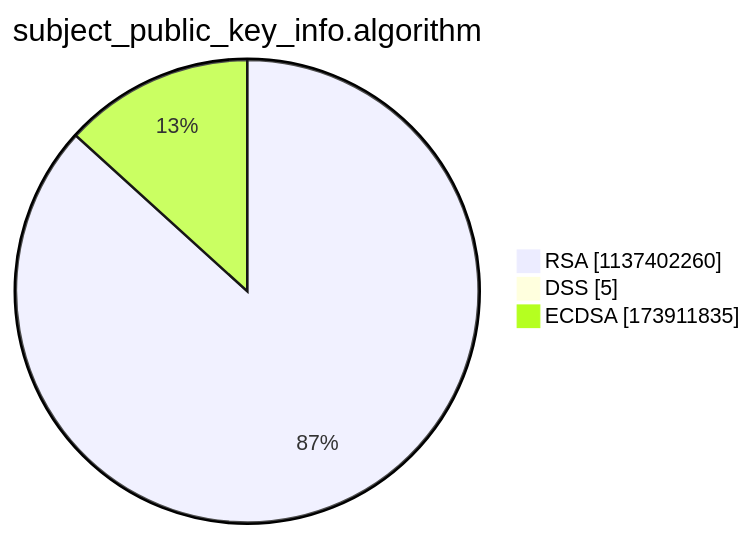
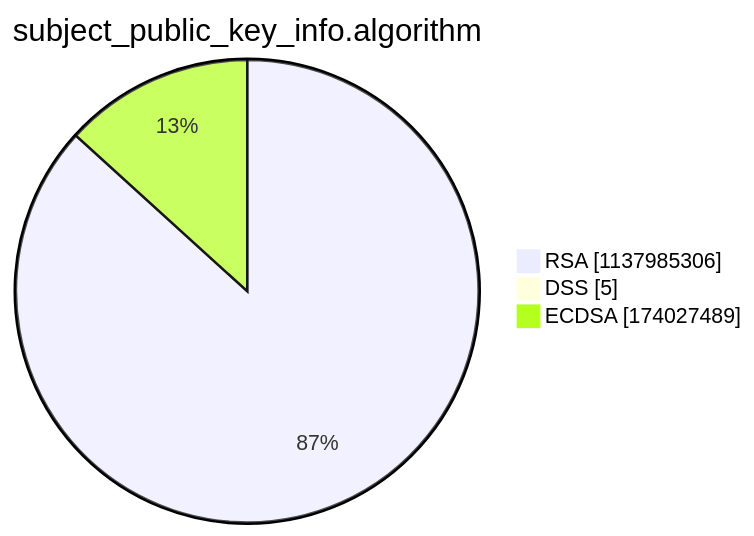
Before and after one commit to christiankrug/ctmonitor_visualization: the third of 15 diagrams in argon2022/README.md, drawn with Mermaid. The commit also changed other lines of this file, not shown here.

````diff
--- a/argon2022/README.md
+++ b/argon2022/README.md
@@ -14,7 +14,7 @@
 ```mermaid
 pie showData
 title subject_public_key_info.algorithm
-"RSA" :1137402260
+"RSA" :1137985306
 "DSS" :5
-"ECDSA" :173911835
+"ECDSA" :174027489
 ```
````
